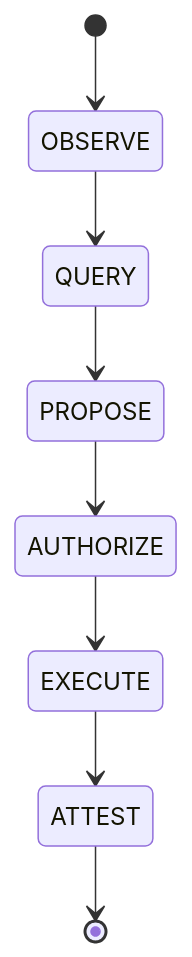
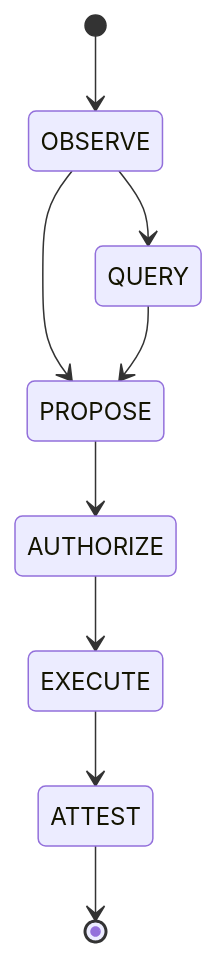
One commit to MauroMarkNaz/SOL-UVIX changed the diagram in README.md. Above: the diagram before and after it, drawn with Mermaid. The commit also changed other lines of this file and 227 other files, not shown here.

````diff
--- a/README.md
+++ b/README.md
@@ -273,10 +214,11 @@
 ```mermaid
 stateDiagram-v2
     [*] --> OBSERVE
     OBSERVE --> QUERY
+    OBSERVE --> PROPOSE
     QUERY --> PROPOSE
     PROPOSE --> AUTHORIZE
     AUTHORIZE --> EXECUTE
     EXECUTE --> ATTEST
     ATTEST --> [*]
 ```
````
